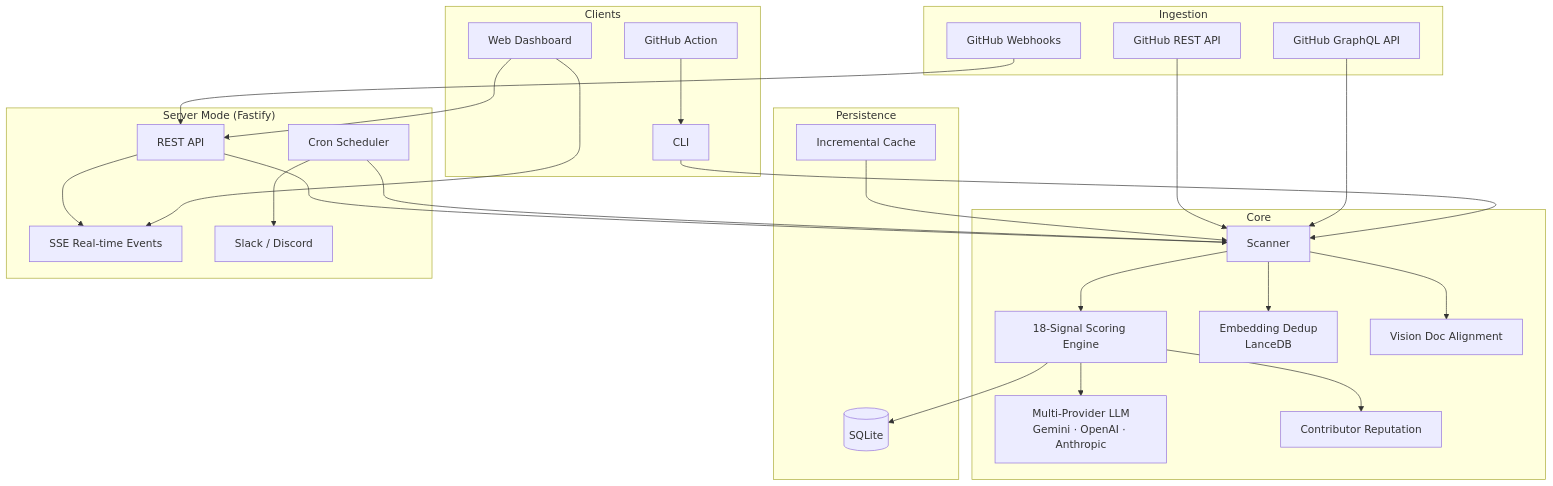
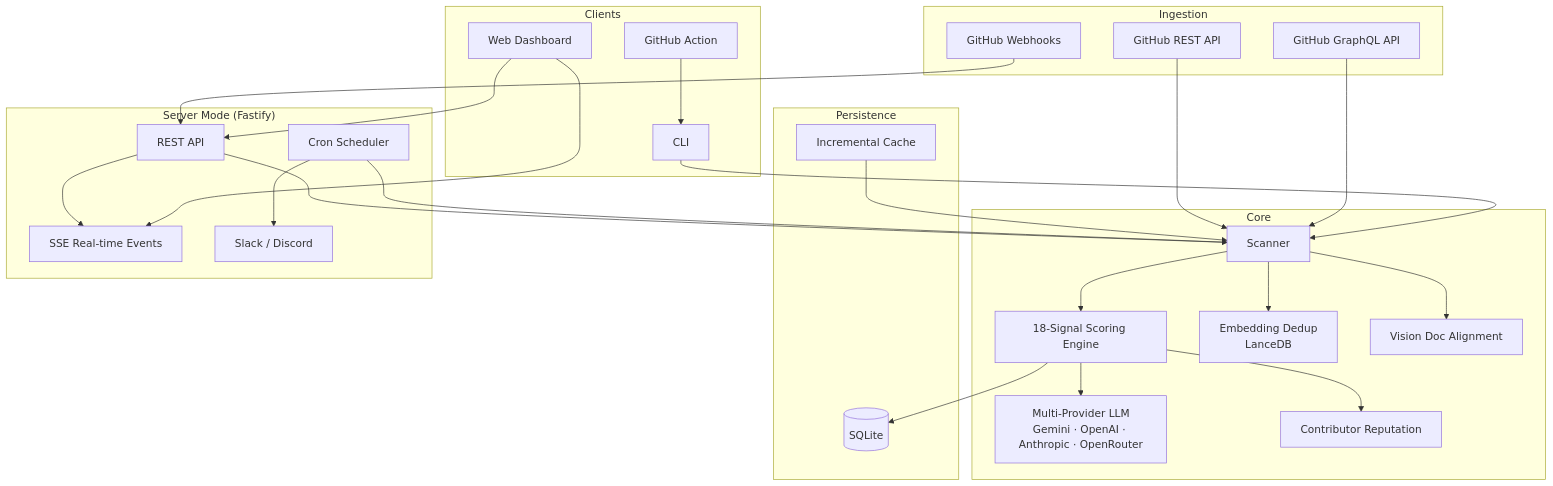
The diagram in README.md (mahsumaktas/treliq), drawn with Mermaid before and after one commit. The commit also changed other lines of this file and 6 other files, not shown here.

First line of the commit message:
feat: v0.5.1 — model flexibility, OpenRouter, and advanced PR signals

````diff
--- a/README.md
+++ b/README.md
@@ -93,53 +132,53 @@
 ```mermaid
 graph TB
     subgraph Ingestion
         GH_REST[GitHub REST API]
         GH_GQL[GitHub GraphQL API]
         WH[GitHub Webhooks]
     end
 
     subgraph Core
         Scanner[Scanner]
         Scoring[18-Signal Scoring Engine]
-        LLM[Multi-Provider LLM<br/>Gemini · OpenAI · Anthropic]
+        LLM[Multi-Provider LLM<br/>Gemini · OpenAI · Anthropic · OpenRouter]
         Dedup[Embedding Dedup<br/>LanceDB]
         Vision[Vision Doc Alignment]
         Rep[Contributor Reputation]
     end
 
     subgraph Persistence
         SQLite[(SQLite)]
         Cache[Incremental Cache]
     end
 
     subgraph Server["Server Mode (Fastify)"]
         REST[REST API]
         SSE[SSE Real-time Events]
         Scheduler[Cron Scheduler]
         Notif[Slack / Discord]
     end
 
     subgraph Clients
         CLI[CLI]
         Dashboard[Web Dashboard]
         Action[GitHub Action]
     end
 
     GH_REST & GH_GQL --> Scanner
     WH --> REST
     Scanner --> Scoring
     Scoring --> LLM
     Scanner --> Dedup
     Scanner --> Vision
     Scoring --> Rep
     Scoring --> SQLite
     Cache --> Scanner
     REST --> Scanner
     REST --> SSE
     Scheduler --> Scanner
     Scheduler --> Notif
     CLI --> Scanner
     Dashboard --> REST
     Dashboard --> SSE
     Action --> CLI
 ```
````
